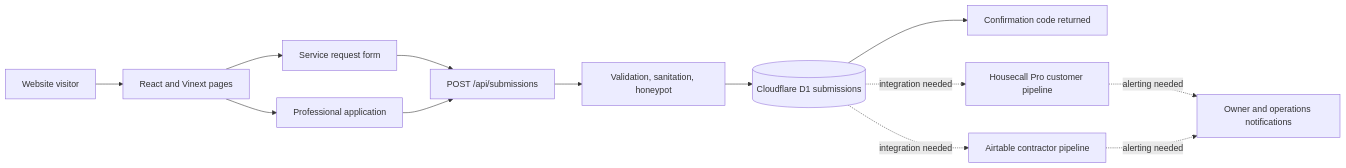
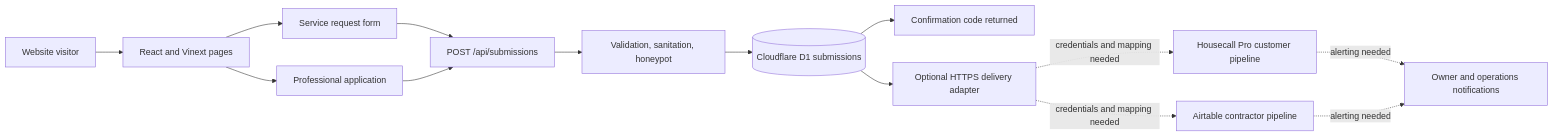
One commit to Levelinnovation-yahmeen/maidflex-pro changed the first of 2 diagrams in docs/DEVELOPER_HANDOFF.md. Above: the diagram before and after it, drawn with Mermaid. The commit also changed other lines of this file and 89 other files, not shown here.

````diff
--- a/docs/DEVELOPER_HANDOFF.md
+++ b/docs/DEVELOPER_HANDOFF.md
@@ -25,16 +25,16 @@
 ```mermaid
 flowchart LR
     V[Website visitor] --> P[React and Vinext pages]
     P --> F1[Service request form]
     P --> F2[Professional application]
     F1 --> A[POST /api/submissions]
     F2 --> A
     A --> VLD[Validation, sanitation, honeypot]
     VLD --> D1[(Cloudflare D1 submissions)]
     D1 --> C[Confirmation code returned]
-
-    D1 -. integration needed .-> HCP[Housecall Pro customer pipeline]
-    D1 -. integration needed .-> AT[Airtable contractor pipeline]
+    D1 --> R[Optional HTTPS delivery adapter]
+    R -. credentials and mapping needed .-> HCP[Housecall Pro customer pipeline]
+    R -. credentials and mapping needed .-> AT[Airtable contractor pipeline]
     HCP -. alerting needed .-> N[Owner and operations notifications]
     AT -. alerting needed .-> N
 ```
````
